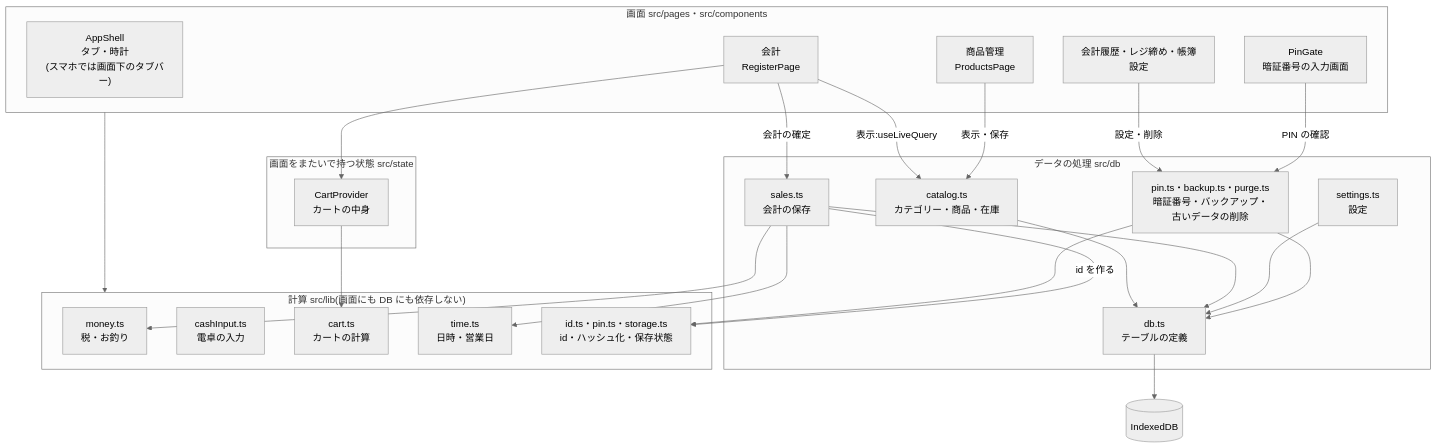
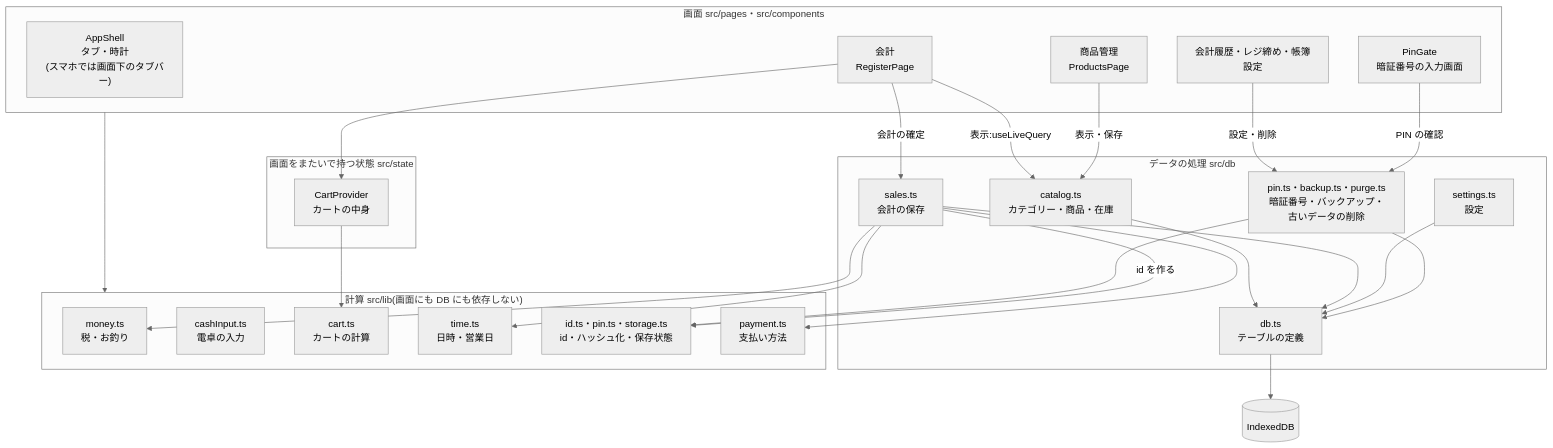
One commit to bang-prog/tyoubo changed the second of 6 diagrams in docs/architecture.md. Above: the diagram before and after it, drawn with Mermaid (neutral theme). The commit also changed other lines of this file and 24 other files, not shown here.

Commit message:
支払い方法(現金・カード・電子マネー・QR)を選んで会計を記録できるようにした- カートで支払い方法を選び、キャッシュレスは確認画面で確定(お預かり=合計、お釣り=0)- 返品は元の会計と同じ方法で記録し、Square での返金を案内- レジ締めは現金の売上と返金だけで計算し、キャッシュレスは参考として表示- 会計履歴・帳簿・Excel に支払い方法と支払い方法別の集計を追加- 支払い方法のない今までのデータは現金として扱う- 仕様書 v1.4、アーキテクチャ図を更新

````diff
--- a/docs/architecture.md
+++ b/docs/architecture.md
@@ -43,50 +43,52 @@
 ```mermaid
 flowchart TB
   subgraph ui["画面  src/pages・src/components"]
     shell["AppShell<br/>タブ・時計<br/>(スマホでは画面下のタブバー)"]
     reg["会計<br/>RegisterPage"]
     prod["商品管理<br/>ProductsPage"]
     rest["会計履歴・レジ締め・帳簿<br/>設定"]
     gate["PinGate<br/>暗証番号の入力画面"]
   end
 
   subgraph state["画面をまたいで持つ状態  src/state"]
     cartctx["CartProvider<br/>カートの中身"]
   end
 
   subgraph data["データの処理  src/db"]
     catalog["catalog.ts<br/>カテゴリー・商品・在庫"]
     sales["sales.ts<br/>会計の保存"]
     settings["settings.ts<br/>設定"]
     keep["pin.ts・backup.ts・purge.ts<br/>暗証番号・バックアップ・古いデータの削除"]
     schema["db.ts<br/>テーブルの定義"]
   end
 
   subgraph lib["計算  src/lib(画面にも DB にも依存しない)"]
     money["money.ts<br/>税・お釣り"]
     cash["cashInput.ts<br/>電卓の入力"]
     cartlib["cart.ts<br/>カートの計算"]
     time["time.ts<br/>日時・営業日"]
     util["id.ts・pin.ts・storage.ts<br/>id・ハッシュ化・保存状態"]
+    pay["payment.ts<br/>支払い方法"]
   end
 
   idb[("IndexedDB")]
 
   reg --> cartctx
   reg -- "表示:useLiveQuery" --> catalog
   reg -- "会計の確定" --> sales
   prod -- "表示・保存" --> catalog
   ui --> lib
   cartctx --> cartlib
   catalog --> schema
   sales --> schema
   settings --> schema
   rest -- "設定・削除" --> keep
   gate -- "PIN の確認" --> keep
   keep --> schema
   keep --> util
   sales -- "id を作る" --> util
+  sales --> pay
   sales --> money
   sales --> time
   schema --> idb
 ```
````
